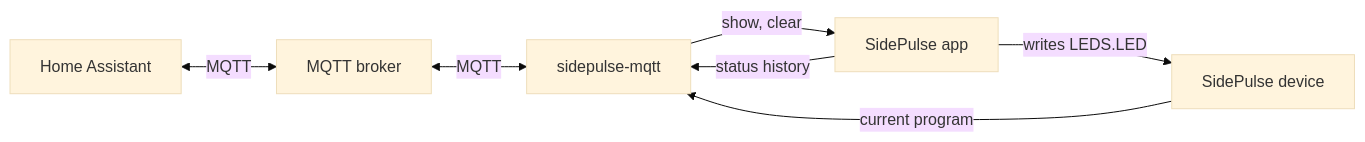
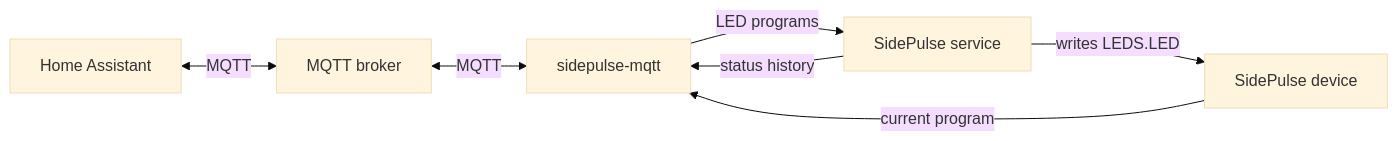
The diagram in README.md (benkelly/sidepulse-mqtt), drawn with Mermaid (base theme) before and after one commit. The commit also changed other lines of this file and 4 other files, not shown here.

Commit message:
Control the LEDs through the SidePulse service (#1)

````diff
--- a/README.md
+++ b/README.md
@@ -5,9 +5,9 @@
 ```mermaid
 flowchart LR
     HA[Home Assistant] <-->|MQTT| Broker[MQTT broker]
     Broker <-->|MQTT| Bridge[sidepulse-mqtt]
-    Bridge -->|show, clear| App[SidePulse app]
-    App -->|status history| Bridge
-    App -->|writes LEDS.LED| Device[SidePulse device]
+    Bridge -->|LED programs| Service[SidePulse service]
+    Service -->|status history| Bridge
+    Service -->|writes LEDS.LED| Device[SidePulse device]
     Device -->|current program| Bridge
 ```
````
